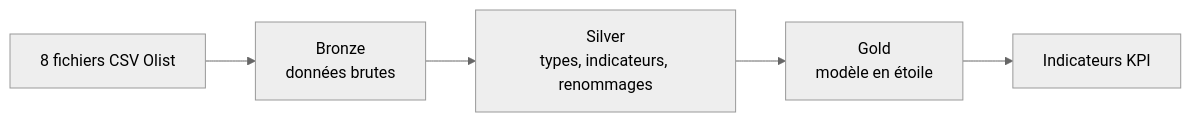
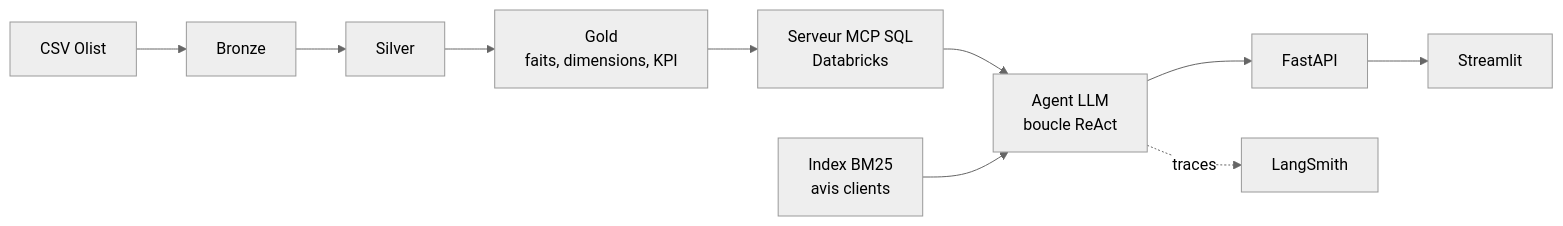
Before and after one commit to chayma100/olist-lakehouse: the diagram in README.md, drawn with Mermaid (neutral theme). The commit also changed other lines of this file and 1 other file, not shown here.

````diff
--- a/README.md
+++ b/README.md
@@ -9,7 +9,12 @@
 ```mermaid
 flowchart LR
-    A[8 fichiers CSV Olist] --> B[Bronze<br/>données brutes]
-    B --> C[Silver<br/>types, indicateurs, renommages]
-    C --> D[Gold<br/>modèle en étoile]
-    D --> E[Indicateurs KPI]
+    CSV[CSV Olist] --> B[Bronze]
+    B --> S[Silver]
+    S --> G[Gold<br/>faits, dimensions, KPI]
+    G --> MCP[Serveur MCP SQL<br/>Databricks]
+    MCP --> A[Agent LLM<br/>boucle ReAct]
+    R[Index BM25<br/>avis clients] --> A
+    A --> API[FastAPI]
+    API --> UI[Streamlit]
+    A -.traces.-> LS[LangSmith]
 ```
````
